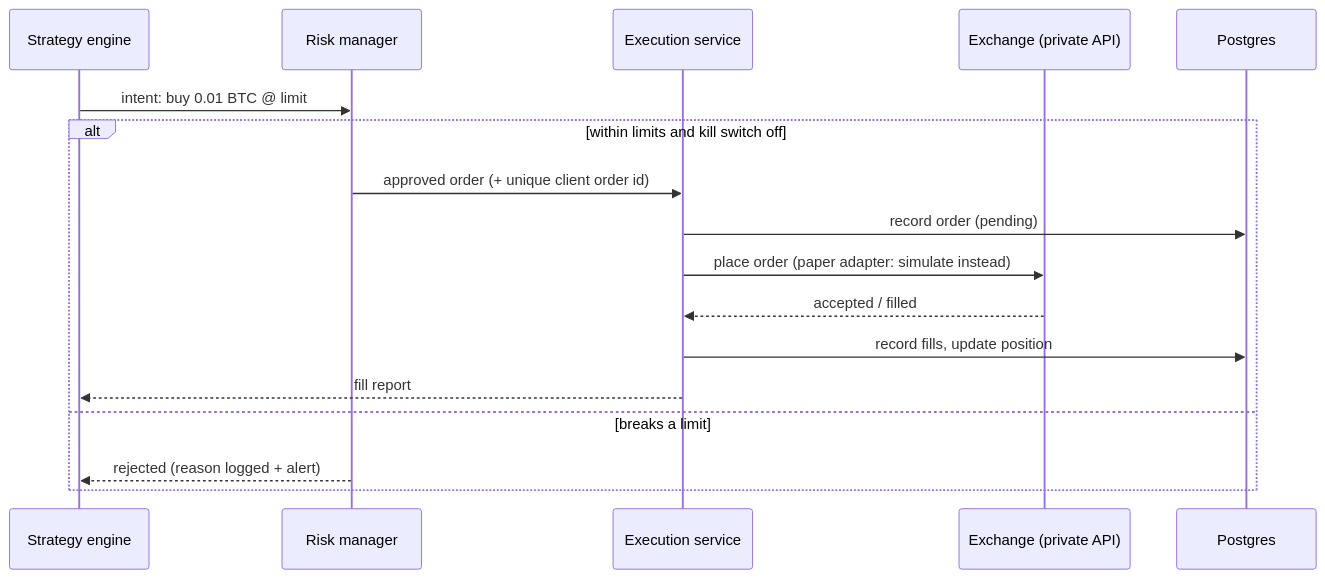
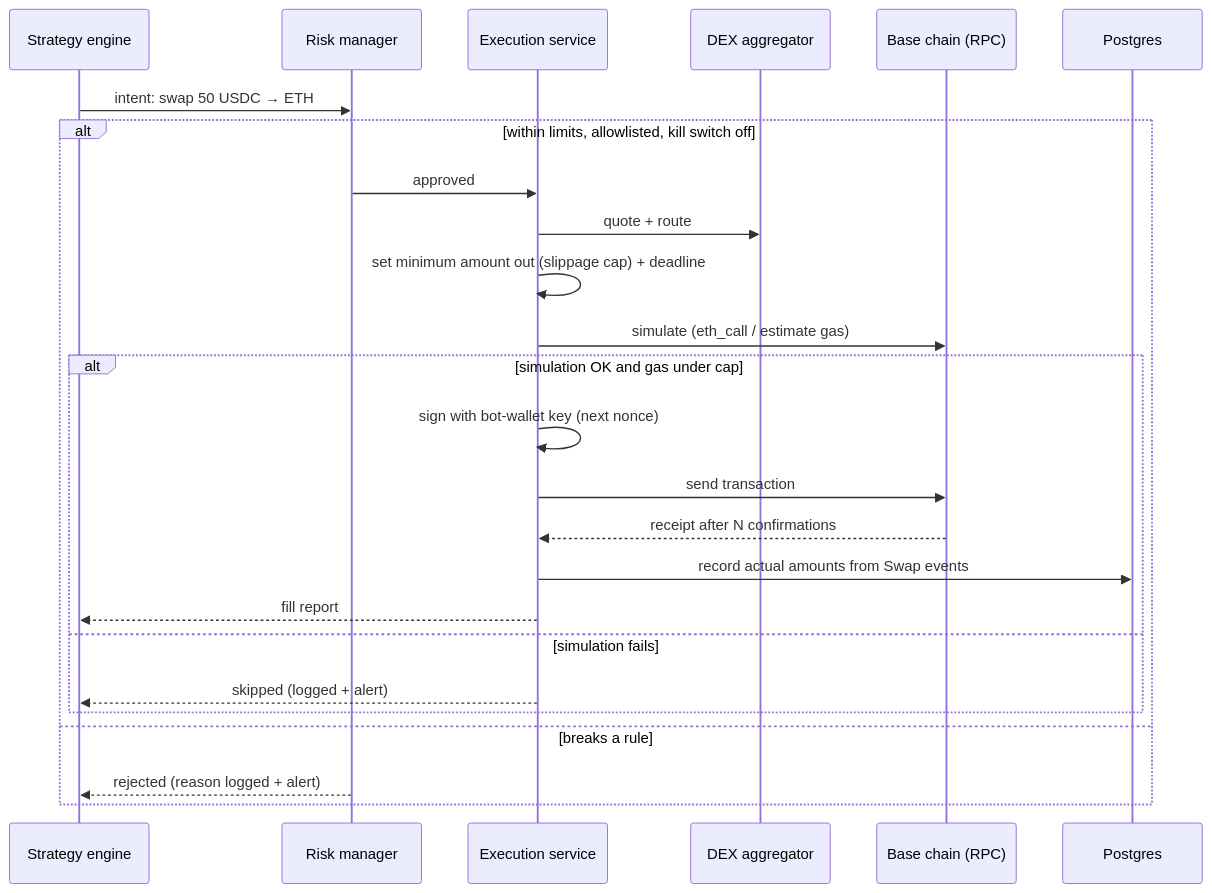
Before and after one commit to mangpijasuan/cimphawng: the fifth of 5 diagrams in docs/ARCHITECTURE.md, drawn with Mermaid. The commit also changed other lines of this file and 1 other file, not shown here.

First line of the commit message:
Update architecture for DEX, Zomi community and cimphawng.com

````diff
--- a/docs/ARCHITECTURE.md
+++ b/docs/ARCHITECTURE.md
@@ -193,19 +243,27 @@
 ```mermaid
 sequenceDiagram
     participant S as Strategy engine
     participant K as Risk manager
     participant E as Execution service
-    participant X as Exchange (private API)
+    participant G as DEX aggregator
+    participant C as Base chain (RPC)
     participant D as Postgres
-    S->>K: intent: buy 0.01 BTC @ limit
-    alt within limits and kill switch off
-        K->>E: approved order (+ unique client order id)
-        E->>D: record order (pending)
-        E->>X: place order (paper adapter: simulate instead)
-        X-->>E: accepted / filled
-        E->>D: record fills, update position
-        E-->>S: fill report
-    else breaks a limit
+    S->>K: intent: swap 50 USDC → ETH
+    alt within limits, allowlisted, kill switch off
+        K->>E: approved
+        E->>G: quote + route
+        E->>E: set minimum amount out (slippage cap) + deadline
+        E->>C: simulate (eth_call / estimate gas)
+        alt simulation OK and gas under cap
+            E->>E: sign with bot-wallet key (next nonce)
+            E->>C: send transaction
+            C-->>E: receipt after N confirmations
+            E->>D: record actual amounts from Swap events
+            E-->>S: fill report
+        else simulation fails
+            E-->>S: skipped (logged + alert)
+        end
+    else breaks a rule
         K-->>S: rejected (reason logged + alert)
     end
 ```
````
